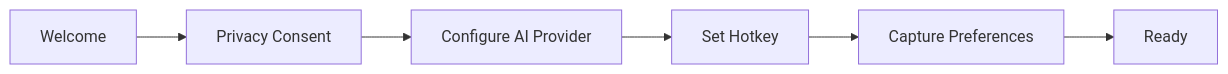
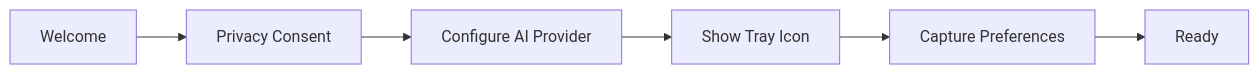
The fourth of 4 diagrams in docs/12_UI_UX.md (Ngh1az/Contexa), drawn with Mermaid before and after one commit. The commit also changed other lines of this file, not shown here.

````diff
--- a/docs/12_UI_UX.md
+++ b/docs/12_UI_UX.md
@@ -277,8 +310,8 @@
 ```mermaid
 flowchart LR
     A[Welcome] --> B[Privacy Consent]
     B --> C[Configure AI Provider]
-    C --> D[Set Hotkey]
+    C --> D[Show Tray Icon]
     D --> E[Capture Preferences]
     E --> F[Ready]
 ```
````
